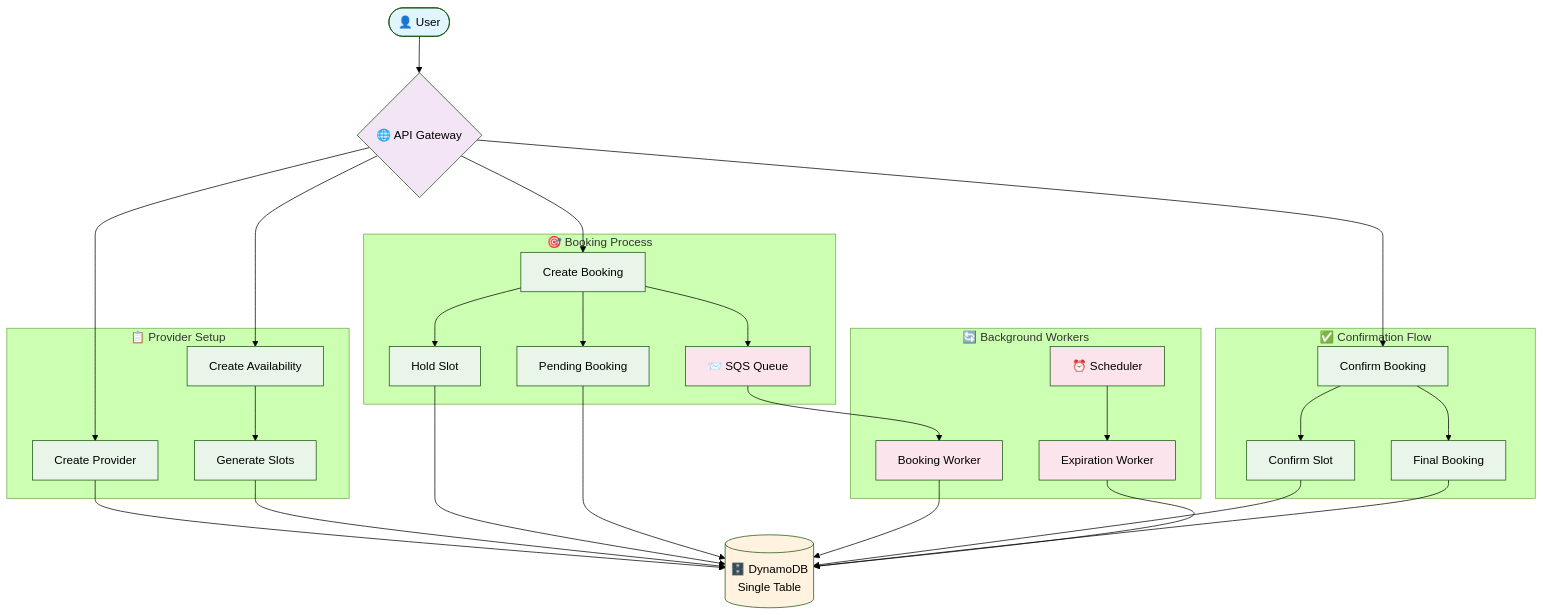
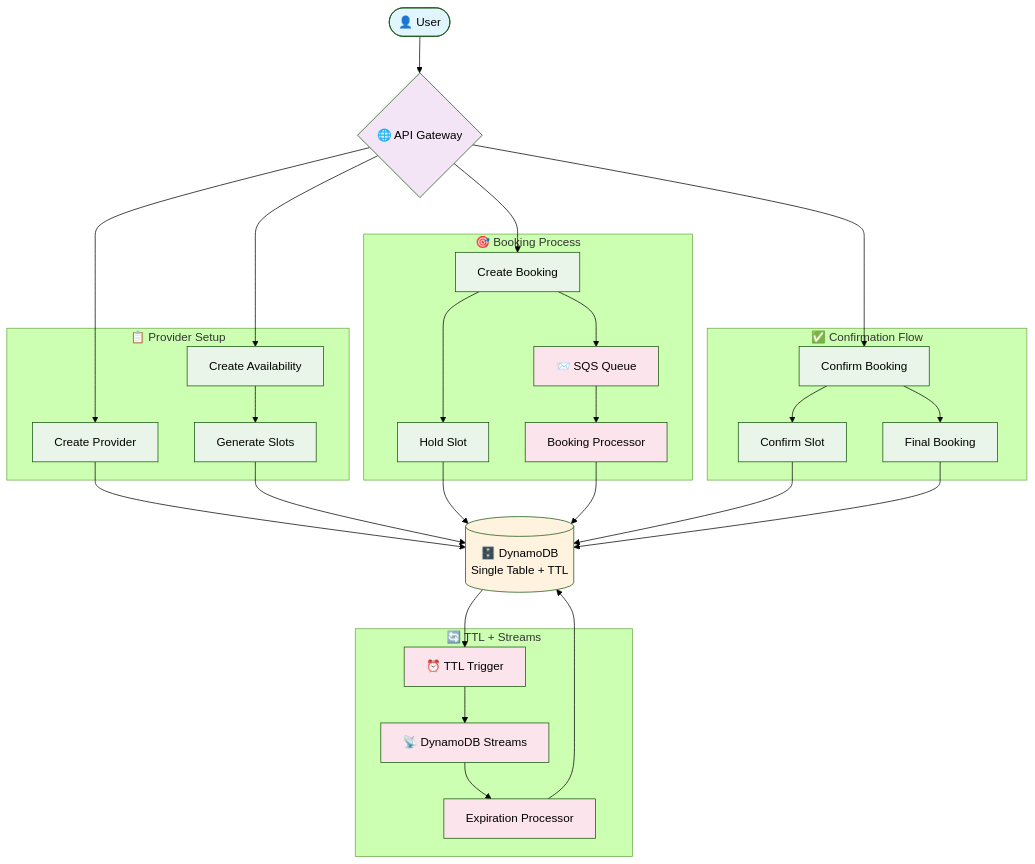
One commit to SrideviMR/AppointmentBooking changed the first of 5 diagrams in visual-flow-diagram.md. Above: the diagram before and after it, drawn with Mermaid (forest theme). The commit also changed other lines of this file and 252 other files, not shown here.

````diff
--- a/visual-flow-diagram.md
+++ b/visual-flow-diagram.md
@@ -5,72 +5,73 @@
 ```mermaid
 flowchart TD
     %% User Actions
     User([👤 User]) 
     
     %% API Layer
     API{🌐 API Gateway}
     
     %% Core Flows
     subgraph "📋 Provider Setup"
         CP[Create Provider]
         CA[Create Availability] 
         GS[Generate Slots]
     end
     
     subgraph "🎯 Booking Process"
         CB[Create Booking]
         HS[Hold Slot]
-        PB[Pending Booking]
         SQ[📨 SQS Queue]
+        BP[Booking Processor]
     end
     
     subgraph "✅ Confirmation Flow"
         CF[Confirm Booking]
         CS[Confirm Slot]
         FB[Final Booking]
     end
     
-    subgraph "🔄 Background Workers"
-        BW[Booking Worker]
-        EW[Expiration Worker]
-        SC[⏰ Scheduler]
+    subgraph "🔄 TTL + Streams"
+        TTL[⏰ TTL Trigger]
+        STREAM[📡 DynamoDB Streams]
+        EP[Expiration Processor]
     end
     
     %% Database
-    DB[(🗄️ DynamoDB<br/>Single Table)]
+    DB[(🗄️ DynamoDB<br/>Single Table + TTL)]
     
     %% Flow Connections
     User --> API
     
     %% Provider Setup Flow
     API --> CP --> DB
     API --> CA --> GS --> DB
     
     %% Booking Flow
     API --> CB
     CB --> HS --> DB
-    CB --> PB --> DB
     CB --> SQ
-    SQ --> BW --> DB
+    SQ --> BP --> DB
     
     %% Confirmation Flow
     API --> CF
     CF --> CS --> DB
     CF --> FB --> DB
     
-    %% Background Processing
-    SC --> EW --> DB
+    %% TTL + Streams Processing
+    DB --> TTL
+    TTL --> STREAM
+    STREAM --> EP --> DB
     
     %% Styling
     classDef userClass fill:#e1f5fe
     classDef apiClass fill:#f3e5f5
     classDef processClass fill:#e8f5e8
     classDef dbClass fill:#fff3e0
     classDef workerClass fill:#fce4ec
     
     class User userClass
     class API apiClass
-    class CP,CA,GS,CB,HS,PB,CF,CS,FB processClass
+    class CP,CA,GS,CB,HS,CF,CS,FB processClass
     class DB dbClass
-    class BW,EW,SC,SQ workerClass
+    class SQ,BP,TTL,STREAM,EP workerClass
 ```
````
